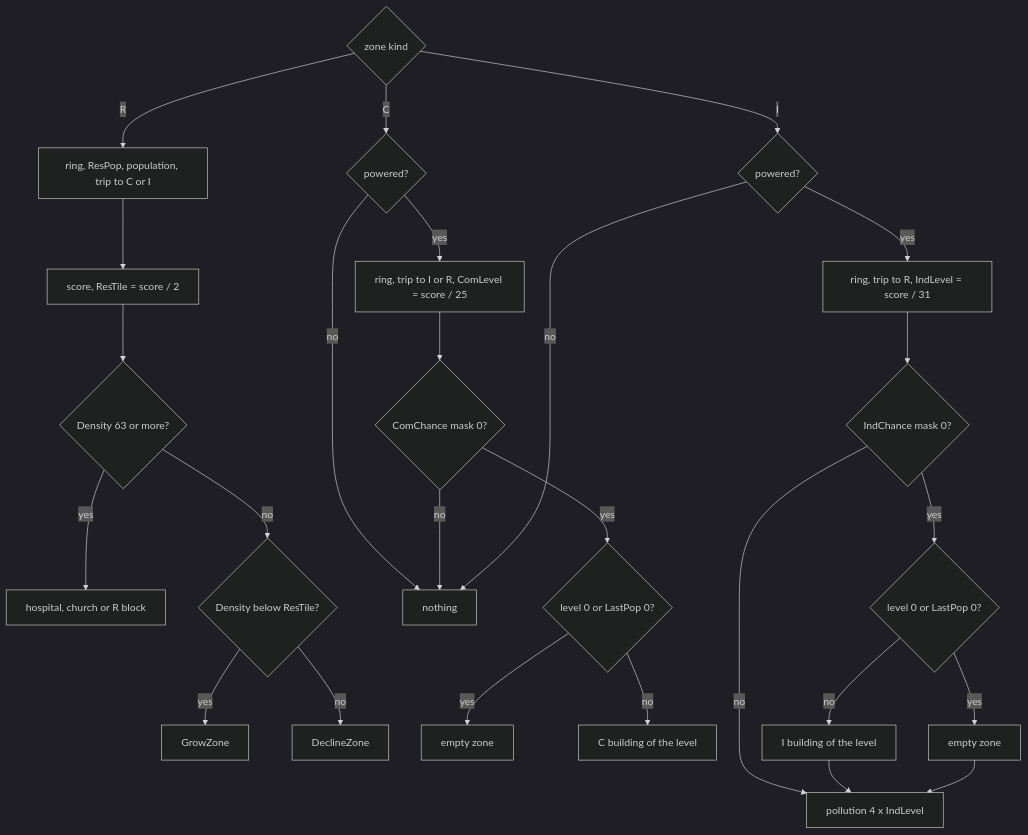
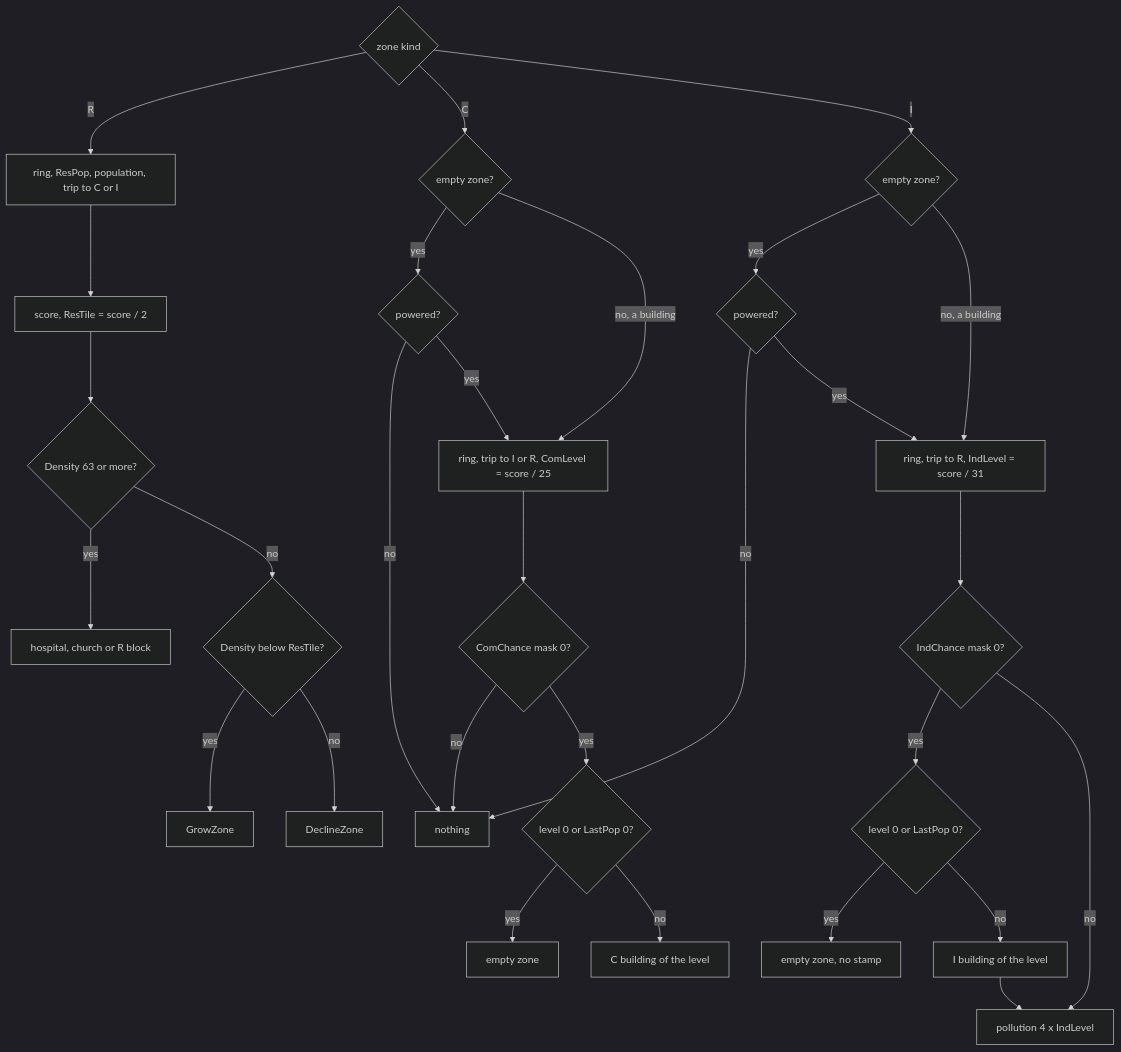
One commit to alfishe/unrealng-reverse-cases changed the fourth of 14 diagrams in games/simcity/docs/10-gameplay-logic.md. Above: the diagram before and after it, drawn with Mermaid (dark theme). The commit also changed other lines of this file and 40 other files, not shown here.

````diff
--- a/games/simcity/docs/10-gameplay-logic.md
+++ b/games/simcity/docs/10-gameplay-logic.md
@@ -356,28 +371,31 @@
 ```mermaid
 flowchart TD
     Z{zone kind} -- R --> R1[ring, ResPop, population, trip to C or I]
     R1 --> R2[score, ResTile = score / 2]
     R2 --> R3{Density 63 or more?}
     R3 -- yes --> R4[hospital, church or R block]
     R3 -- no --> R5{Density below ResTile?}
     R5 -- yes --> GZ[GrowZone]
     R5 -- no --> DZ[DeclineZone]
-    Z -- C --> C1{powered?}
+    Z -- C --> CE{empty zone?}
+    CE -- yes --> C1{powered?}
+    CE -- no, a building --> C2
     C1 -- no --> X[nothing]
     C1 -- yes --> C2[ring, trip to I or R, ComLevel = score / 25]
     C2 --> C3{ComChance mask 0?}
     C3 -- no --> X
     C3 -- yes --> C4{level 0 or LastPop 0?}
     C4 -- yes --> CR[empty zone]
     C4 -- no --> CB[C building of the level]
-    Z -- I --> I1{powered?}
+    Z -- I --> IE{empty zone?}
+    IE -- yes --> I1{powered?}
+    IE -- no, a building --> I2
     I1 -- no --> X
     I1 -- yes --> I2[ring, trip to R, IndLevel = score / 31]
     I2 --> I3{IndChance mask 0?}
     I3 -- yes --> I4{level 0 or LastPop 0?}
-    I4 -- yes --> IR[empty zone]
+    I4 -- yes --> IR[empty zone, no stamp]
     I4 -- no --> IB[I building of the level]
     I3 -- no --> IP
     IB --> IP[pollution 4 x IndLevel]
-    IR --> IP
 ```
````
